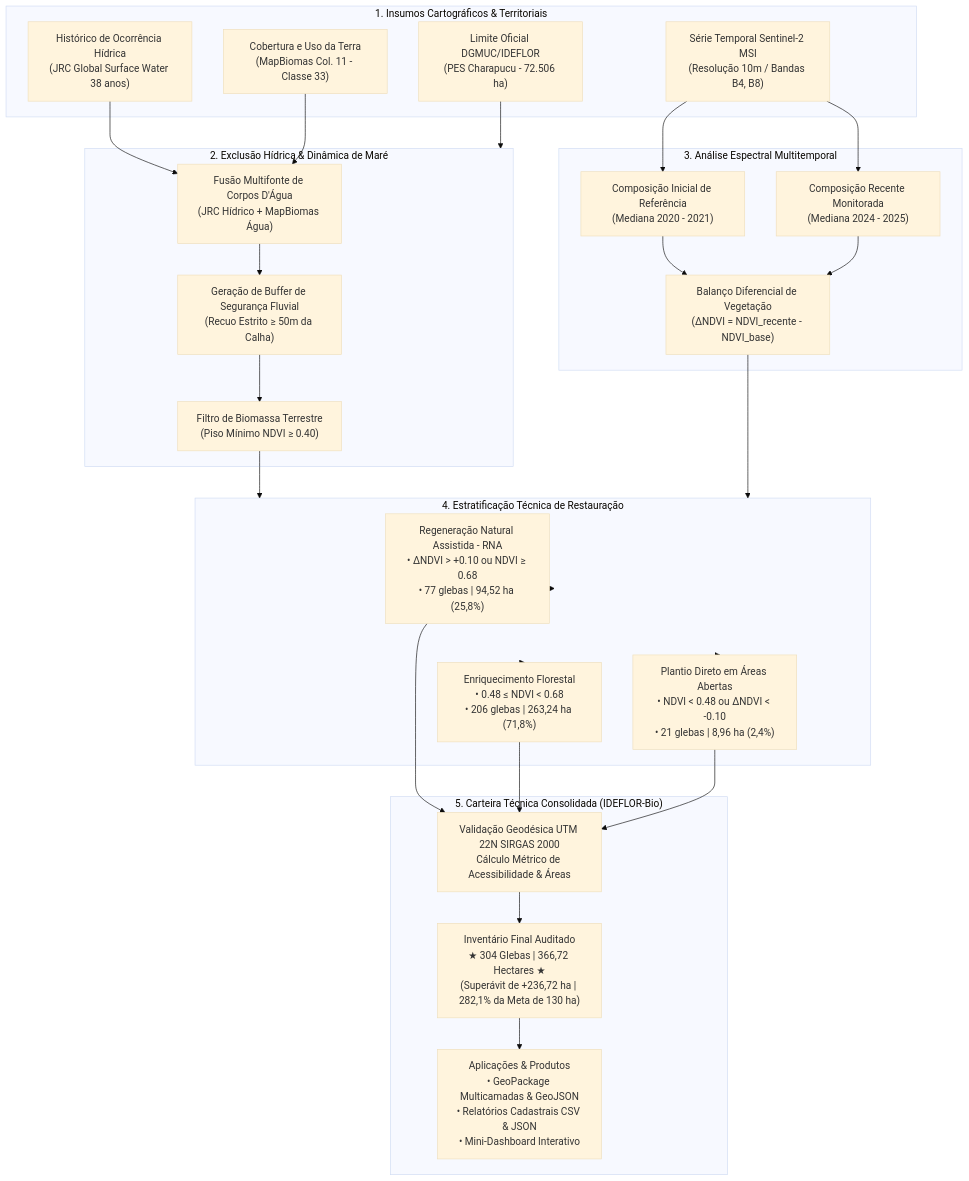
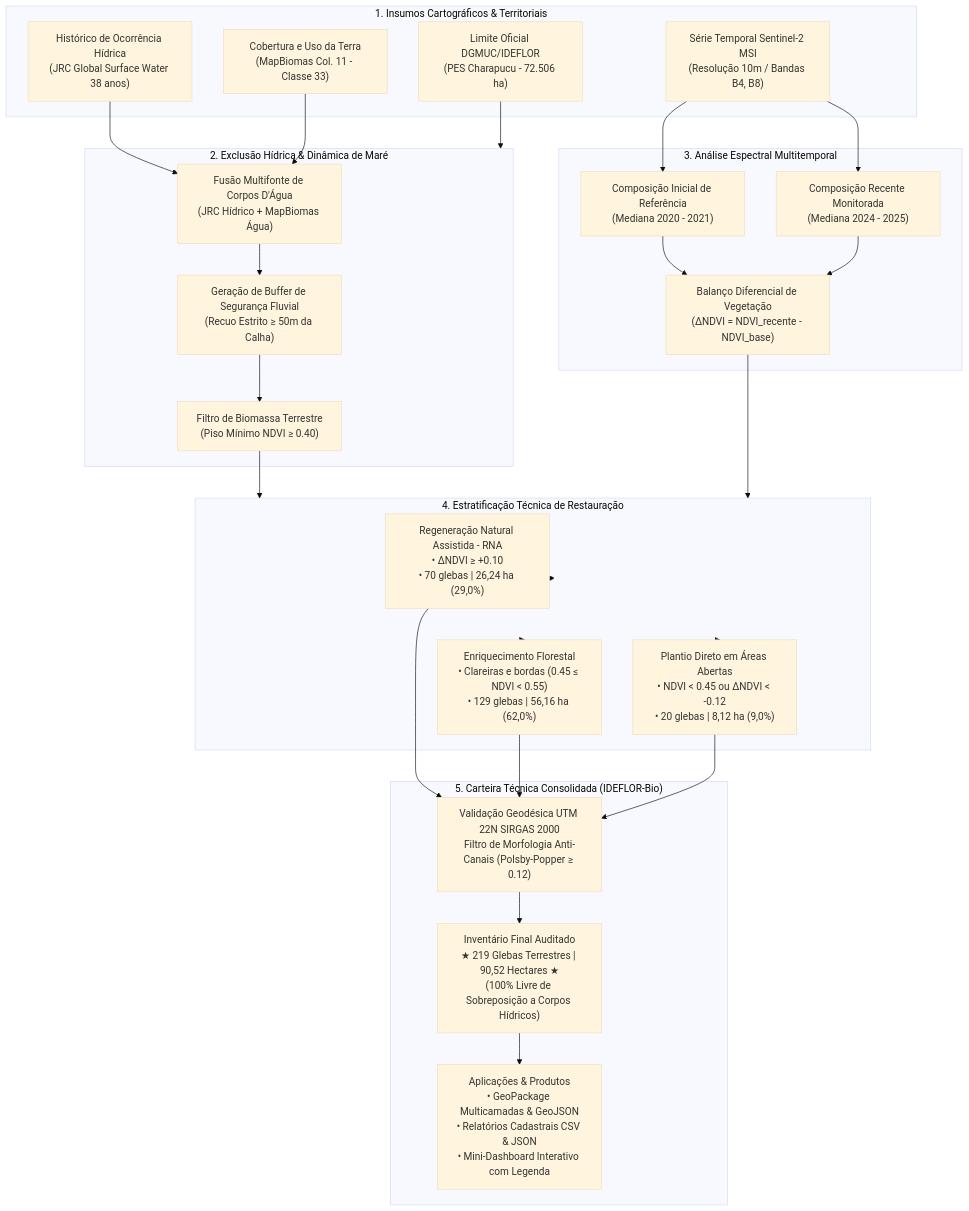
Before and after one commit to NGEO-IDEFLOR-Bio/restaura-pes-charapucu: the diagram in README.md, drawn with Mermaid (base theme). The commit also changed other lines of this file and 12 other files, not shown here.

````diff
--- a/README.md
+++ b/README.md
@@ -55,57 +55,57 @@
 ```mermaid
 flowchart TD
     subgraph INSUMOS["1. Insumos Cartográficos & Territoriais"]
         A1["Limite Oficial DGMUC/IDEFLOR<br/>(PES Charapucu - 72.506 ha)"]
         A2["Série Temporal Sentinel-2 MSI<br/>(Resolução 10m / Bandas B4, B8)"]
         A3["Histórico de Ocorrência Hídrica<br/>(JRC Global Surface Water 38 anos)"]
         A4["Cobertura e Uso da Terra<br/>(MapBiomas Col. 11 - Classe 33)"]
     end
 
     subgraph PREPROC["2. Exclusão Hídrica & Dinâmica de Maré"]
         B1["Fusão Multifonte de Corpos D'Água<br/>(JRC Hídrico + MapBiomas Água)"]
         B2["Geração de Buffer de Segurança Fluvial<br/>(Recuo Estrito ≥ 50m da Calha)"]
         B3["Filtro de Biomassa Terrestre<br/>(Piso Mínimo NDVI ≥ 0.40)"]
     end
 
     subgraph ESPECTRAL["3. Análise Espectral Multitemporal"]
         C1["Composição Inicial de Referência<br/>(Mediana 2020 - 2021)"]
         C2["Composição Recente Monitorada<br/>(Mediana 2024 - 2025)"]
         C3["Balanço Diferencial de Vegetação<br/>(ΔNDVI = NDVI_recente - NDVI_base)"]
     end
 
     subgraph ESTRATIFICACAO["4. Estratificação Técnica de Restauração"]
-        D1["Regeneração Natural Assistida - RNA<br/>• ΔNDVI > +0.10 ou NDVI ≥ 0.68<br/>• 77 glebas | 94,52 ha (25,8%)"]
-        D2["Enriquecimento Florestal<br/>• 0.48 ≤ NDVI < 0.68<br/>• 206 glebas | 263,24 ha (71,8%)"]
-        D3["Plantio Direto em Áreas Abertas<br/>• NDVI < 0.48 ou ΔNDVI < -0.10<br/>• 21 glebas | 8,96 ha (2,4%)"]
+        D1["Regeneração Natural Assistida - RNA<br/>• ΔNDVI ≥ +0.10<br/>• 70 glebas | 26,24 ha (29,0%)"]
+        D2["Enriquecimento Florestal<br/>• Clareiras e bordas (0.45 ≤ NDVI < 0.55)<br/>• 129 glebas | 56,16 ha (62,0%)"]
+        D3["Plantio Direto em Áreas Abertas<br/>• NDVI < 0.45 ou ΔNDVI < -0.12<br/>• 20 glebas | 8,12 ha (9,0%)"]
     end
 
     subgraph CARTEIRA["5. Carteira Técnica Consolidada (IDEFLOR-Bio)"]
-        E1["Validação Geodésica UTM 22N SIRGAS 2000<br/>Cálculo Métrico de Acessibilidade & Áreas"]
-        E2["Inventário Final Auditado<br/>★ 304 Glebas | 366,72 Hectares ★<br/>(Superávit de +236,72 ha | 282,1% da Meta de 130 ha)"]
-        E3["Aplicações & Produtos<br/>• GeoPackage Multicamadas & GeoJSON<br/>• Relatórios Cadastrais CSV & JSON<br/>• Mini-Dashboard Interativo"]
+        E1["Validação Geodésica UTM 22N SIRGAS 2000<br/>Filtro de Morfologia Anti-Canais (Polsby-Popper ≥ 0.12)"]
+        E2["Inventário Final Auditado<br/>★ 219 Glebas Terrestres | 90,52 Hectares ★<br/>(100% Livre de Sobreposição a Corpos Hídricos)"]
+        E3["Aplicações & Produtos<br/>• GeoPackage Multicamadas & GeoJSON<br/>• Relatórios Cadastrais CSV & JSON<br/>• Mini-Dashboard Interativo com Legenda"]
     end
 
     A1 --> PREPROC
     A3 --> B1
     A4 --> B1
     B1 --> B2
     B2 --> B3
 
     A2 --> C1
     A2 --> C2
     C1 --> C3
     C2 --> C3
 
     B3 --> ESTRATIFICACAO
     C3 --> ESTRATIFICACAO
 
     ESTRATIFICACAO --> D1
     ESTRATIFICACAO --> D2
     ESTRATIFICACAO --> D3
 
     D1 --> E1
     D2 --> E1
     D3 --> E1
     E1 --> E2
     E2 --> E3
 ```
````
